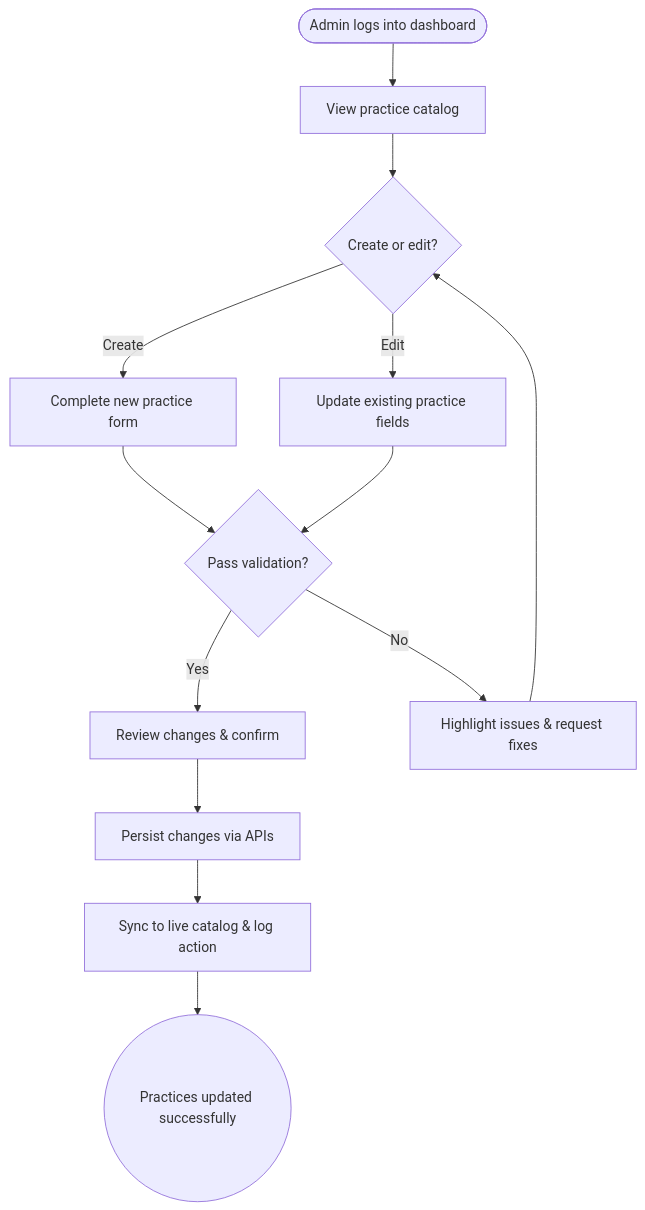
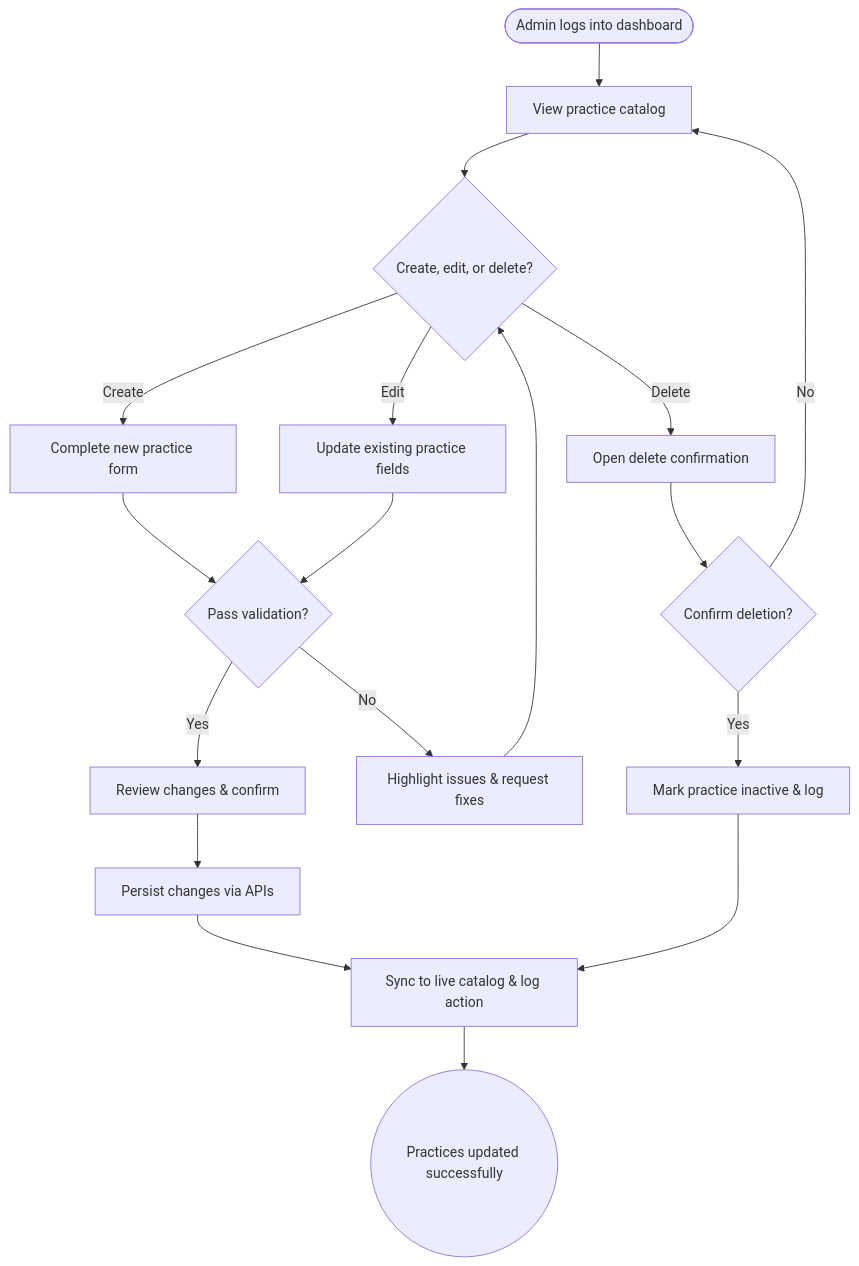
Before and after one commit to lyfar/awa-docs: the diagram in docs/features/admin-area-cms.md, drawn with Mermaid. The commit also changed other lines of this file and 82 other files, not shown here.

````diff
--- a/docs/features/admin-area-cms.md
+++ b/docs/features/admin-area-cms.md
@@ -50,17 +50,22 @@
 ```mermaid
 flowchart TD
     START([Admin logs into dashboard])
     LIST[View practice catalog]
-    ACTION{Create or edit?}
+    ACTION{Create, edit, or delete?}
     START --> LIST --> ACTION
     ACTION -->|Create| CREATE[Complete new practice form]
     ACTION -->|Edit| EDIT[Update existing practice fields]
+    ACTION -->|Delete| DELETE[Open delete confirmation]
     CREATE --> VALIDATE{Pass validation?}
     EDIT --> VALIDATE
     VALIDATE -->|Yes| REVIEW[Review changes & confirm]
     VALIDATE -->|No| FIX[Highlight issues & request fixes]
     FIX --> ACTION
     REVIEW --> SAVE[Persist changes via APIs]
     SAVE --> SYNC[Sync to live catalog & log action]
+    DELETE --> CONFIRM{Confirm deletion?}
+    CONFIRM -->|Yes| REMOVE[Mark practice inactive & log]
+    CONFIRM -->|No| LIST
+    REMOVE --> SYNC
     SYNC --> END((Practices updated successfully))
 ```
````
